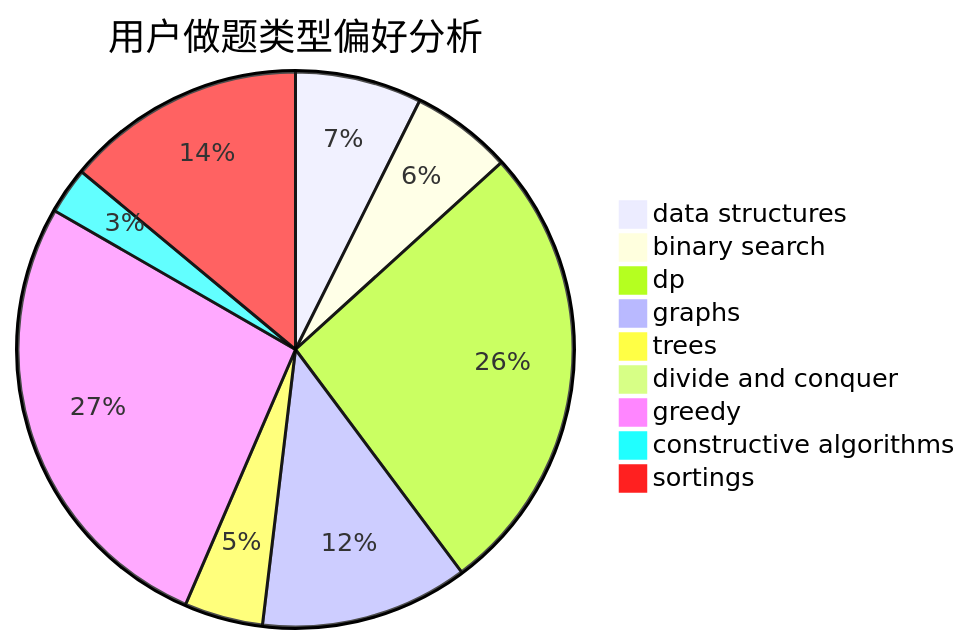
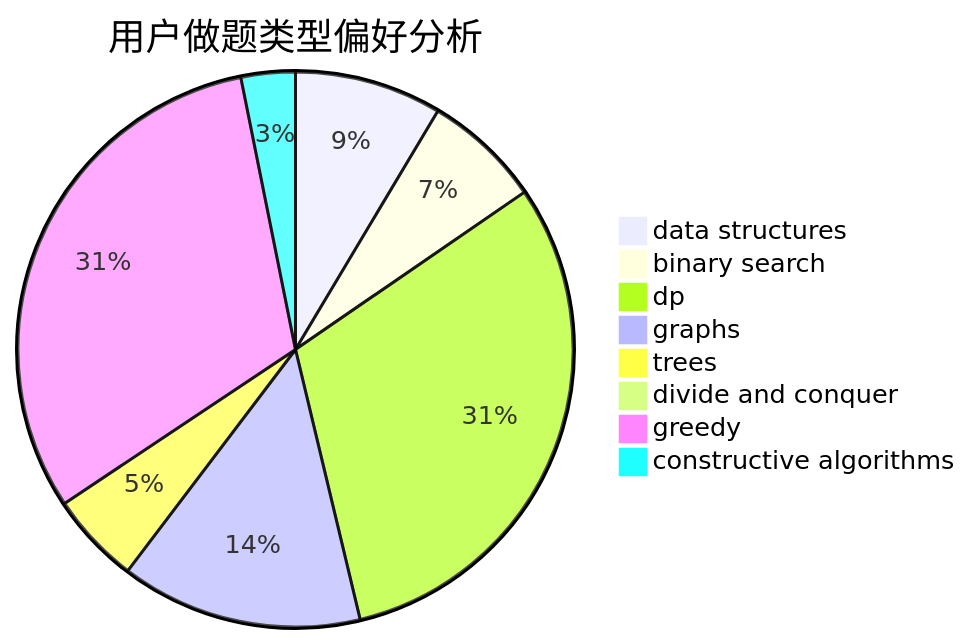
One commit to sherpahu/cfrs.github.io changed the second of 3 diagrams in docs/user/u1201.md. Above: the diagram before and after it, drawn with Mermaid. The commit also changed other lines of this file and 2769 other files, not shown here.

````diff
--- a/docs/user/u1201.md
+++ b/docs/user/u1201.md
@@ -18,12 +18,11 @@
 ```mermaid
 pie title 用户做题类型偏好分析
     "data structures" :  95
     "binary search" :  76
     "dp" :  342
     "graphs" :  156
     "trees" :  59
     "divide and conquer" :  8
     "greedy" :  346
     "constructive algorithms" :  35
-    "sortings" :  180
 ```
````
